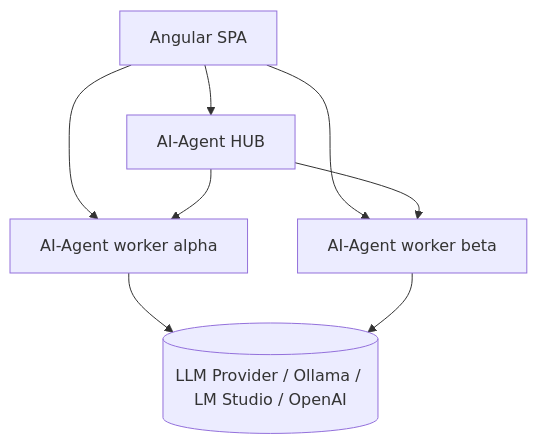
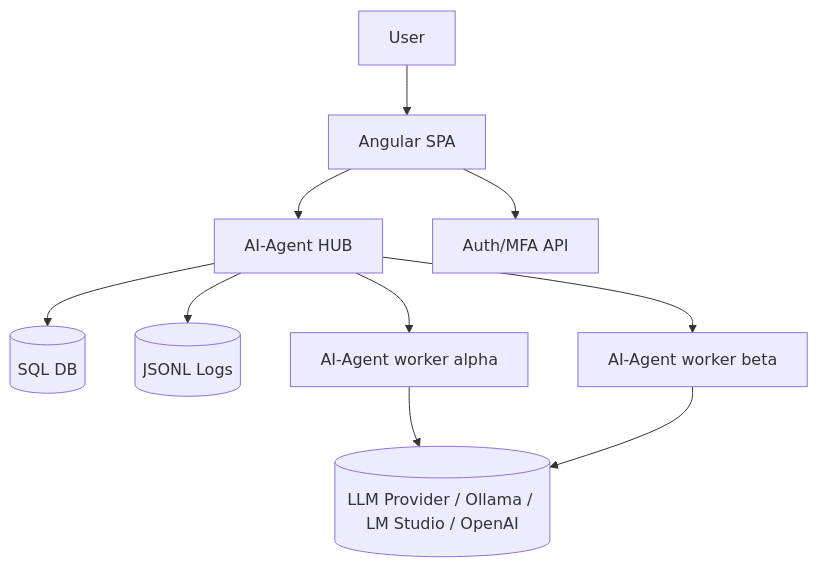
Before and after one commit to ananta888/ananta: the diagram in architektur/uml/system-overview.mmd, drawn with Mermaid. The commit also changed 8 other files, not shown here.

First line of the commit message:
Enhance architecture diagrams for MFA integration and refactor models

```diff
--- a/architektur/uml/system-overview.mmd
+++ b/architektur/uml/system-overview.mmd
@@ -1,14 +1,20 @@
 graph TD
+    User[User]
     Angular[Angular SPA]
     Hub[AI-Agent HUB]
+    Auth[Auth/MFA API]
+    DB[(SQL DB)]
+    Logs[(JSONL Logs)]
     A1[AI-Agent worker alpha]
     A2[AI-Agent worker beta]
     LLM[(LLM Provider / Ollama / LM Studio / OpenAI)]
 
+    User --> Angular
     Angular --> Hub
-    Angular --> A1
-    Angular --> A2
+    Angular --> Auth
+    Hub --> DB
+    Hub --> Logs
     Hub --> A1
     Hub --> A2
     A1 --> LLM
     A2 --> LLM
```
